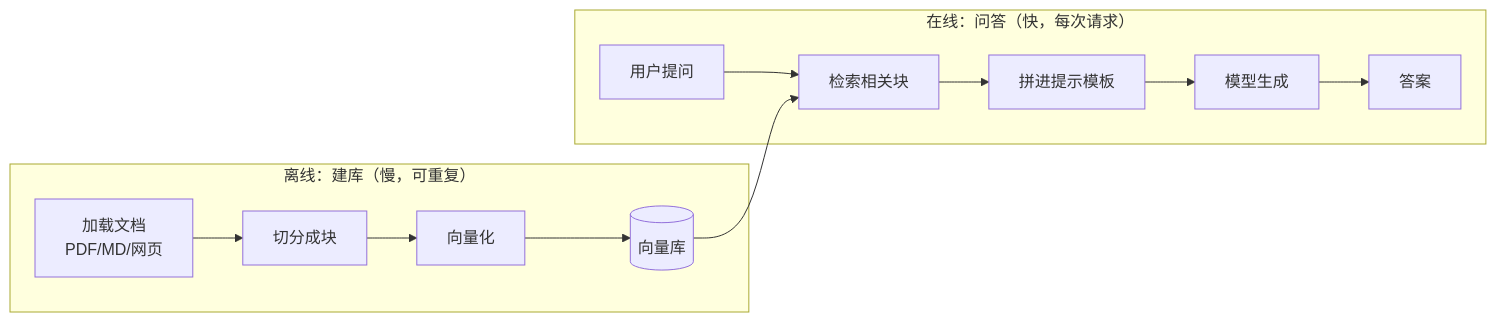
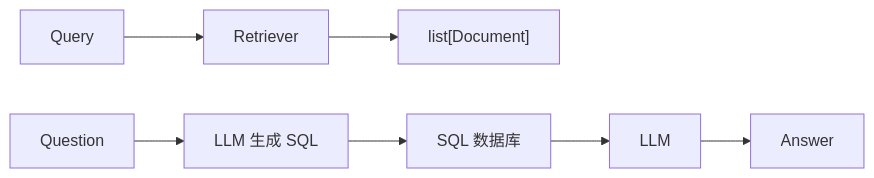
Diagram 12 of 12 in src/content/posts/ai/langchain-nengli-xiangjie.md (HandlerOne01/IMiss_Blog), drawn with Mermaid before and after one commit. The commit also changed other lines of this file and 6 other files, not shown here.

````diff
--- a/src/content/posts/ai/langchain-nengli-xiangjie.md
+++ b/src/content/posts/ai/langchain-nengli-xiangjie.md
@@ -501,10 +2676,6 @@
 ```mermaid
 flowchart LR
-    subgraph OFF["离线：建库（慢，可重复）"]
-        L["加载文档<br/>PDF/MD/网页"] --> S["切分成块"] --> EM["向量化"] --> VS[("向量库")]
-    end
-    subgraph ON["在线：问答（快，每次请求）"]
-        Q["用户提问"] --> R["检索相关块"] --> P["拼进提示模板"] --> LLM["模型生成"] --> AN["答案"]
-    end
-    VS --> R
+    Q["Query"] --> R["Retriever"]
+    R --> D["list[Document]"]
+    Q2["Question"] --> LLM1["LLM 生成 SQL"] --> DB["SQL 数据库"] --> LLM2["LLM"] --> A["Answer"]
 ```
````
